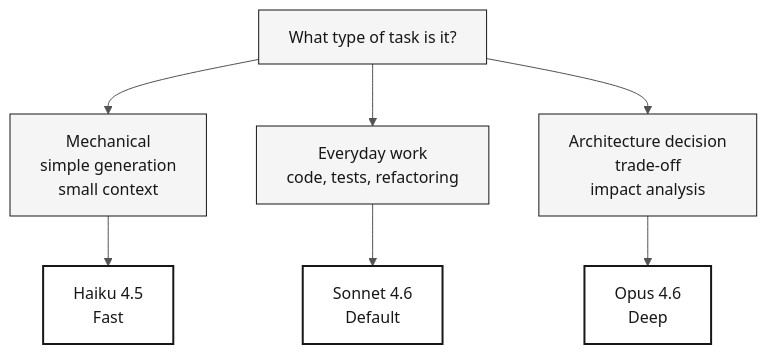
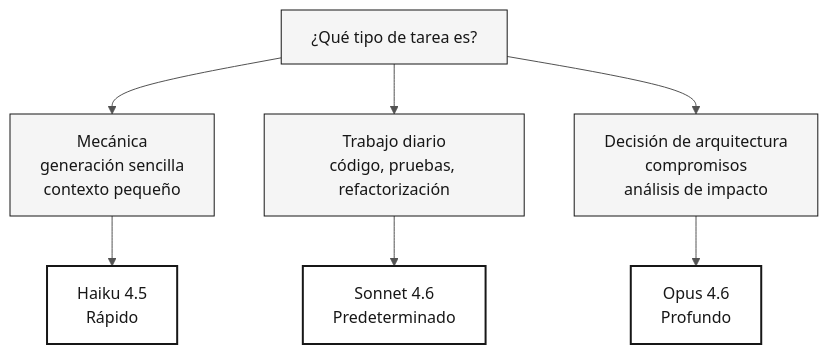
The diagram in 09-cheat-sheets/model-routing.md (paulasilvatech/datacorp-sifap-team-kit-pt-br), drawn with Mermaid before and after one commit. The commit also changed other lines of this file and 386 other files, not shown here.

````diff
--- a/09-cheat-sheets/model-routing.md
+++ b/09-cheat-sheets/model-routing.md
@@ -41,15 +41,15 @@
 ```mermaid
 %%{init: {'theme':'neutral','themeVariables':{'fontFamily':'ui-sans-serif, system-ui, sans-serif','primaryColor':'#F5F5F5','primaryTextColor':'#171717','primaryBorderColor':'#171717','lineColor':'#525252','secondaryColor':'#FFFFFF','tertiaryColor':'#FAFAFA','background':'#FFFFFF'}}}%%
 flowchart TB
     classDef step fill:#F5F5F5,stroke:#171717,color:#171717
     classDef result fill:#FFFFFF,stroke:#171717,color:#171717,stroke-width:2px
 
-    Q["What type of task is it?"]:::step
-    Q --> M["Mechanical<br/>simple generation<br/>small context"]:::step
-    Q --> D["Everyday work<br/>code, tests, refactoring"]:::step
-    Q --> A["Architecture decision<br/>trade-off<br/>impact analysis"]:::step
+    Q["¿Qué tipo de tarea es?"]:::step
+    Q --> M["Mecánica<br/>generación sencilla<br/>contexto pequeño"]:::step
+    Q --> D["Trabajo diario<br/>código, pruebas, refactorización"]:::step
+    Q --> A["Decisión de arquitectura<br/>compromisos<br/>análisis de impacto"]:::step
 
-    M --> Haiku["Haiku 4.5<br/>Fast"]:::result
-    D --> Sonnet["Sonnet 4.6<br/>Default"]:::result
-    A --> Opus["Opus 4.6<br/>Deep"]:::result
+    M --> Haiku["Haiku 4.5<br/>Rápido"]:::result
+    D --> Sonnet["Sonnet 4.6<br/>Predeterminado"]:::result
+    A --> Opus["Opus 4.6<br/>Profundo"]:::result
 ```
````
